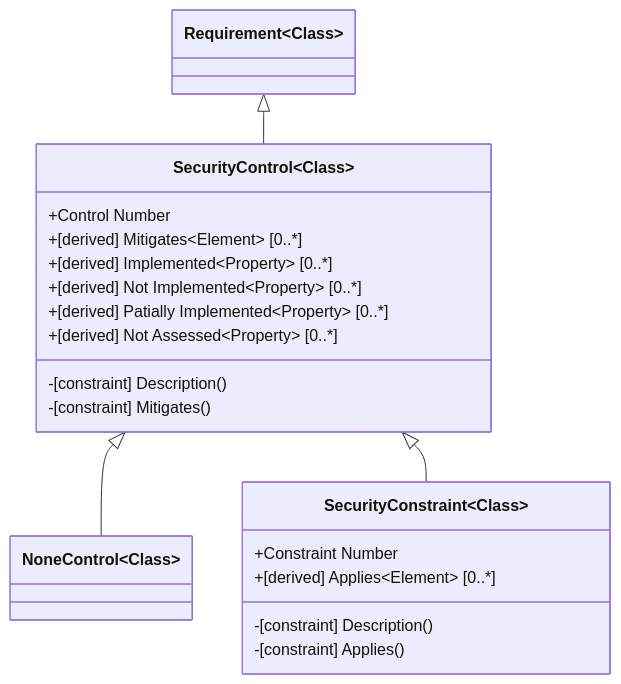
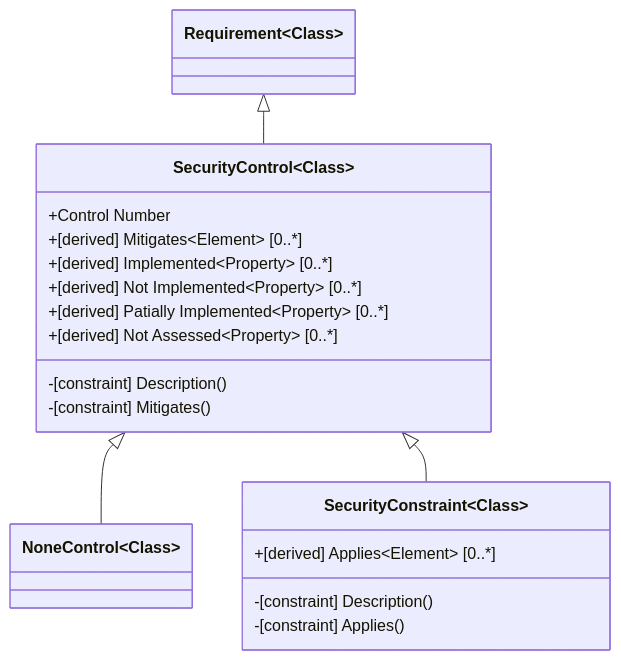
One commit to stuartfowler/CEMT changed diagram 29 of 49 in Documentation/stereotypes.md. Above: the diagram before and after it, drawn with Mermaid. The commit also changed other lines of this file and 11 other files, not shown here.

````diff
--- a/Documentation/stereotypes.md
+++ b/Documentation/stereotypes.md
@@ -593,22 +593,21 @@
 ```mermaid
     classDiagram
         class SecurityControl~Class~ {
             +Control Number
             +[derived] Mitigates~Element~ [0..*]
             +[derived] Implemented~Property~ [0..*]
             +[derived] Not Implemented~Property~ [0..*]
             +[derived] Patially Implemented~Property~ [0..*]
             +[derived] Not Assessed~Property~ [0..*]
             -[constraint] Description()
             -[constraint] Mitigates()
         }
         class SecurityConstraint~Class~ {
-            +Constraint Number
             +[derived] Applies~Element~ [0..*]
             -[constraint] Description()
             -[constraint] Applies()
         }
         Requirement~Class~ <|-- SecurityControl~Class~
         SecurityControl~Class~ <|-- NoneControl~Class~
         SecurityControl~Class~ <|-- SecurityConstraint~Class~
 ```
````
